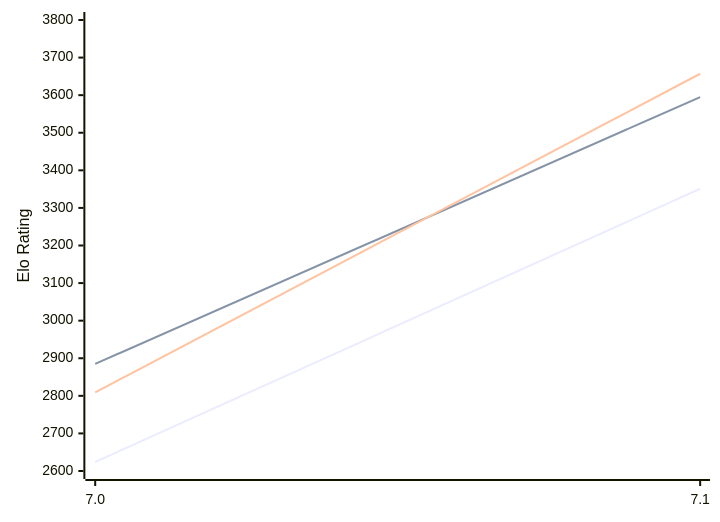
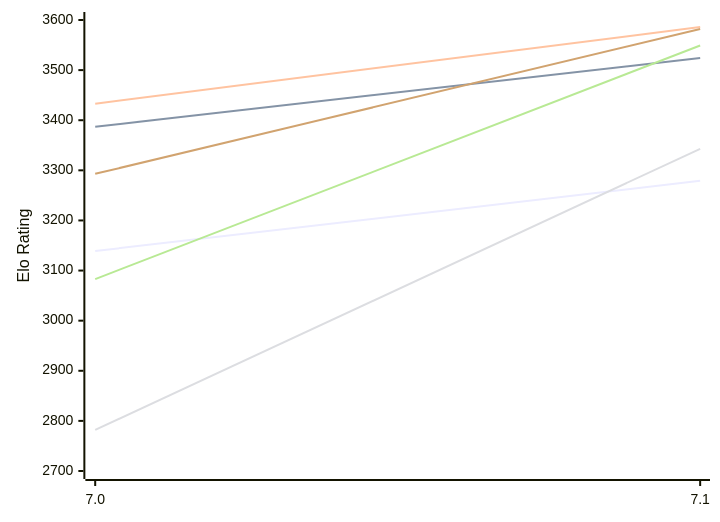
Before and after one commit to computer-chess-index/cci: the first of 2 diagrams in engines/PZChessBot.md, drawn with Mermaid. The commit also changed other lines of this file, not shown here.

Commit message:
Update CCI Ratings (ELO VLTC) - 2026-11-13

````diff
--- a/engines/PZChessBot.md
+++ b/engines/PZChessBot.md
@@ -53,12 +53,12 @@
 ```mermaid
 %%{init: {"theme":"base","themeVariables":{"seriesColors:['#a3a3a3','#222221','#faa371']}}}%%
 xychart-beta
   x-axis ["7.0", "7.1"]
-  y-axis "Elo Rating" 2600 --> 3800
-  line "E1: STC (8.0+0.08s)" [2624, 3351]
-  line "E1: LTC (60.0+0.60s)" [2885, 3595]
-  line "E1: VLTC (2m24s+1.12s)" [2809, 3657]
-  line "P1: STC (8.0+0.08s)" [3510]
-  line "P1: LTC (60.0+0.60s)" [3717]
-  line "P1: VLTC (2m24s+1.12s)" [3749]
+  y-axis "Elo Rating" 2700 --> 3600
+  line "E1: STC (8.0+0.08s)" [3139, 3279]
+  line "E1: LTC (60.0+0.60s)" [3387, 3524]
+  line "E1: VLTC (2m24s+1.12s)" [3433, 3586]
+  line "P1: STC (8.0+0.08s)" [2782, 3343]
+  line "P1: LTC (60.0+0.60s)" [3083, 3549]
+  line "P1: VLTC (2m24s+1.12s)" [3293, 3582]
 ```
````
